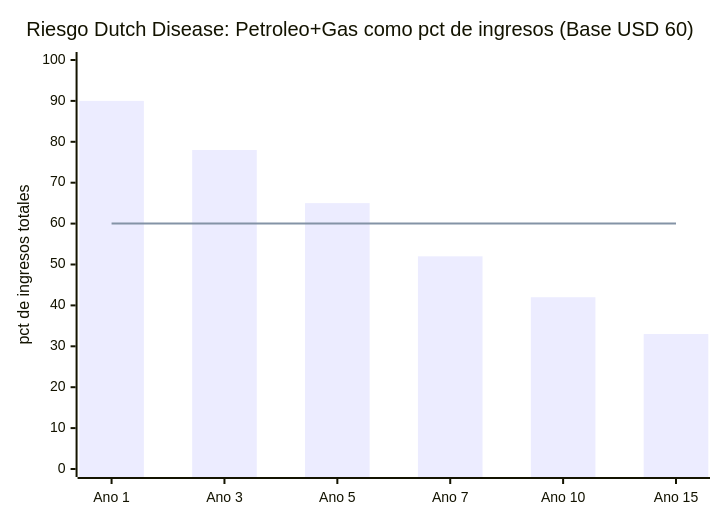
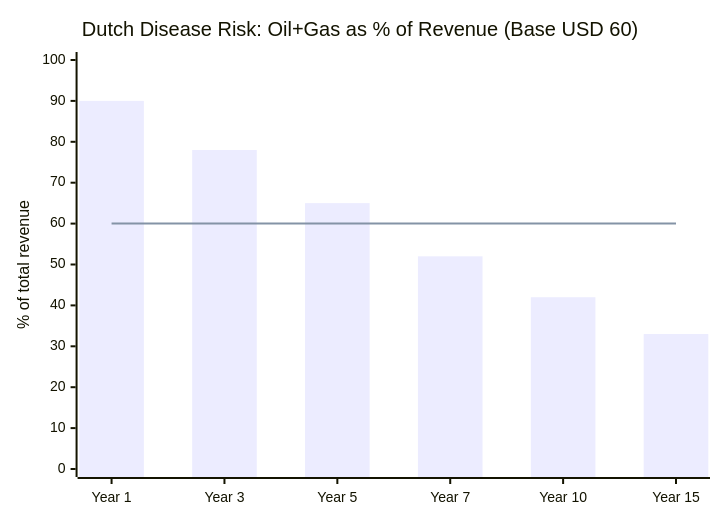
Before and after one commit to Venezuela-S-A/venezuela-sa: the second of 3 diagrams in i18n/en/docusaurus-plugin-content-docs/current/02-motor-financiero/enfermedad-holandesa.md, drawn with Mermaid. The commit also changed other lines of this file and 127 other files, not shown here.

````diff
--- a/i18n/en/docusaurus-plugin-content-docs/current/02-motor-financiero/enfermedad-holandesa.md
+++ b/i18n/en/docusaurus-plugin-content-docs/current/02-motor-financiero/enfermedad-holandesa.md
@@ -68,8 +68,8 @@
 ```mermaid
 xychart-beta
-    title "Riesgo Dutch Disease: Petroleo+Gas como pct de ingresos (Base USD 60)"
-    x-axis ["Ano 1", "Ano 3", "Ano 5", "Ano 7", "Ano 10", "Ano 15"]
-    y-axis "pct de ingresos totales" 0 --> 100
+    title "Dutch Disease Risk: Oil+Gas as % of Revenue (Base USD 60)"
+    x-axis ["Year 1", "Year 3", "Year 5", "Year 7", "Year 10", "Year 15"]
+    y-axis "% of total revenue" 0 --> 100
     bar [90, 78, 65, 52, 42, 33]
     line [60, 60, 60, 60, 60, 60]
 ```
````
